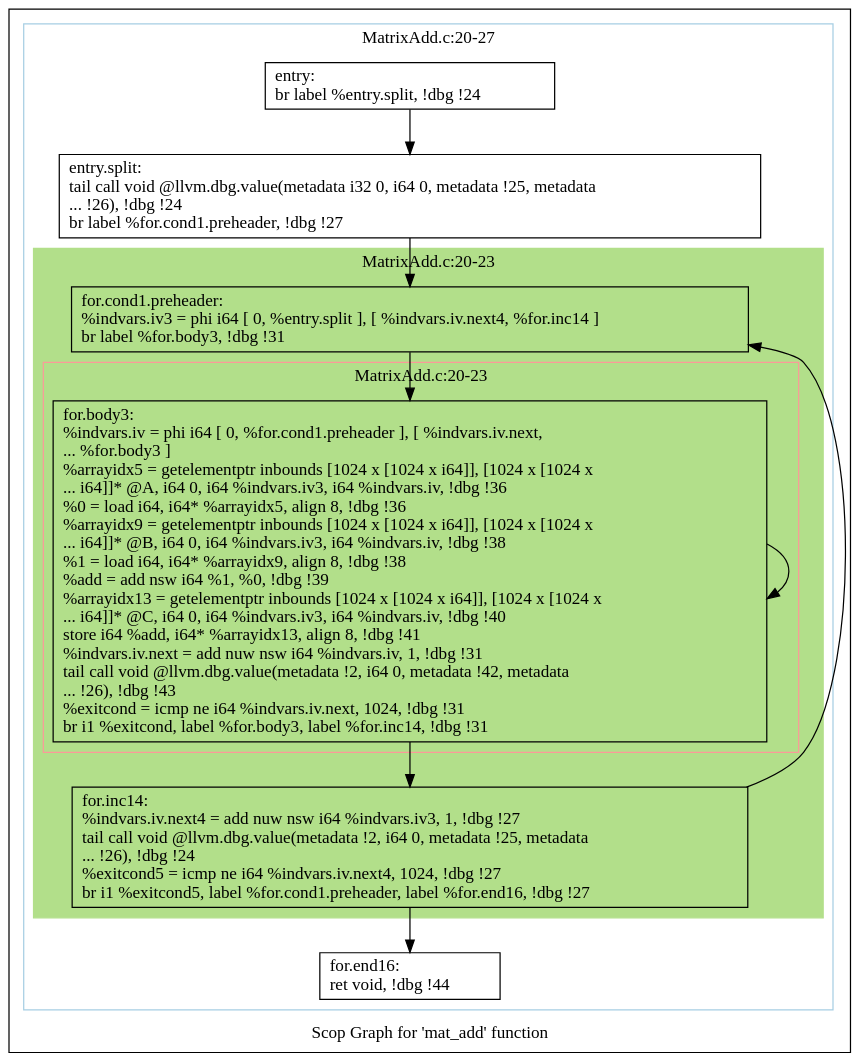
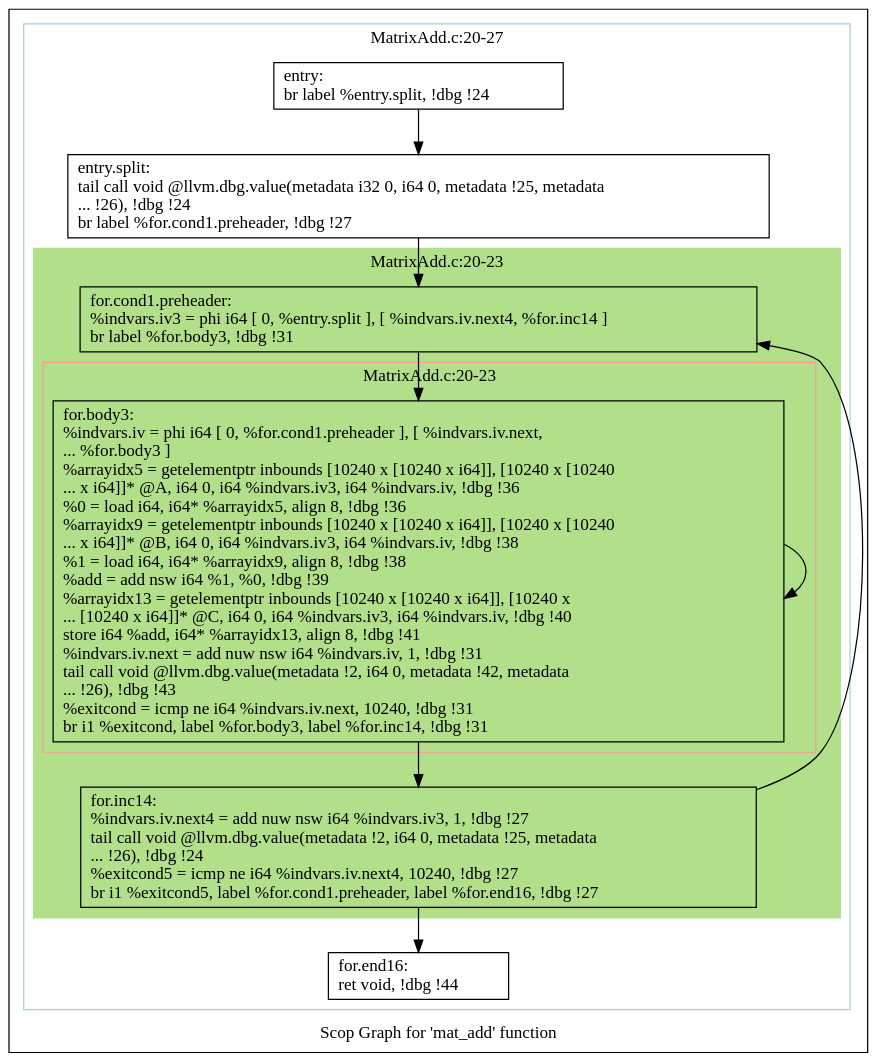
Before and after one commit to samminweng/WhileyOpenCL: the diagram in polly/MatrixAdd/impl/handwritten/dot/scops.mat_add.dot, drawn with Graphviz. The commit also changed 60 other files, not shown here.

```diff
--- a/polly/MatrixAdd/impl/handwritten/dot/scops.mat_add.dot
+++ b/polly/MatrixAdd/impl/handwritten/dot/scops.mat_add.dot
@@ -1,41 +1,41 @@
 digraph "Scop Graph for 'mat_add' function" {
 	label="Scop Graph for 'mat_add' function";
 
-	Node0x69860e0 [shape=record,label="{entry:\l  br label %entry.split, !dbg !24\l}"];
-	Node0x69860e0 -> Node0x6977600;
-	Node0x6977600 [shape=record,label="{entry.split:                                      \l  tail call void @llvm.dbg.value(metadata i32 0, i64 0, metadata !25, metadata\l... !26), !dbg !24\l  br label %for.cond1.preheader, !dbg !27\l}"];
-	Node0x6977600 -> Node0x6977620;
-	Node0x6977620 [shape=record,label="{for.cond1.preheader:                              \l  %indvars.iv3 = phi i64 [ 0, %entry.split ], [ %indvars.iv.next4, %for.inc14 ]\l  br label %for.body3, !dbg !31\l}"];
-	Node0x6977620 -> Node0x6987b80;
-	Node0x6987b80 [shape=record,label="{for.body3:                                        \l  %indvars.iv = phi i64 [ 0, %for.cond1.preheader ], [ %indvars.iv.next,\l... %for.body3 ]\l  %arrayidx5 = getelementptr inbounds [1024 x [1024 x i64]], [1024 x [1024 x\l... i64]]* @A, i64 0, i64 %indvars.iv3, i64 %indvars.iv, !dbg !36\l  %0 = load i64, i64* %arrayidx5, align 8, !dbg !36\l  %arrayidx9 = getelementptr inbounds [1024 x [1024 x i64]], [1024 x [1024 x\l... i64]]* @B, i64 0, i64 %indvars.iv3, i64 %indvars.iv, !dbg !38\l  %1 = load i64, i64* %arrayidx9, align 8, !dbg !38\l  %add = add nsw i64 %1, %0, !dbg !39\l  %arrayidx13 = getelementptr inbounds [1024 x [1024 x i64]], [1024 x [1024 x\l... i64]]* @C, i64 0, i64 %indvars.iv3, i64 %indvars.iv, !dbg !40\l  store i64 %add, i64* %arrayidx13, align 8, !dbg !41\l  %indvars.iv.next = add nuw nsw i64 %indvars.iv, 1, !dbg !31\l  tail call void @llvm.dbg.value(metadata !2, i64 0, metadata !42, metadata\l... !26), !dbg !43\l  %exitcond = icmp ne i64 %indvars.iv.next, 1024, !dbg !31\l  br i1 %exitcond, label %for.body3, label %for.inc14, !dbg !31\l}"];
-	Node0x6987b80 -> Node0x6987b80[constraint=false];
-	Node0x6987b80 -> Node0x69ad4a0;
-	Node0x69ad4a0 [shape=record,label="{for.inc14:                                        \l  %indvars.iv.next4 = add nuw nsw i64 %indvars.iv3, 1, !dbg !27\l  tail call void @llvm.dbg.value(metadata !2, i64 0, metadata !25, metadata\l... !26), !dbg !24\l  %exitcond5 = icmp ne i64 %indvars.iv.next4, 1024, !dbg !27\l  br i1 %exitcond5, label %for.cond1.preheader, label %for.end16, !dbg !27\l}"];
-	Node0x69ad4a0 -> Node0x6977620[constraint=false];
-	Node0x69ad4a0 -> Node0x6989c80;
-	Node0x6989c80 [shape=record,label="{for.end16:                                        \l  ret void, !dbg !44\l}"];
+	Node0x4ec0500 [shape=record,label="{entry:\l  br label %entry.split, !dbg !24\l}"];
+	Node0x4ec0500 -> Node0x4ea35c0;
+	Node0x4ea35c0 [shape=record,label="{entry.split:                                      \l  tail call void @llvm.dbg.value(metadata i32 0, i64 0, metadata !25, metadata\l... !26), !dbg !24\l  br label %for.cond1.preheader, !dbg !27\l}"];
+	Node0x4ea35c0 -> Node0x4e9ff90;
+	Node0x4e9ff90 [shape=record,label="{for.cond1.preheader:                              \l  %indvars.iv3 = phi i64 [ 0, %entry.split ], [ %indvars.iv.next4, %for.inc14 ]\l  br label %for.body3, !dbg !31\l}"];
+	Node0x4e9ff90 -> Node0x4ea3540;
+	Node0x4ea3540 [shape=record,label="{for.body3:                                        \l  %indvars.iv = phi i64 [ 0, %for.cond1.preheader ], [ %indvars.iv.next,\l... %for.body3 ]\l  %arrayidx5 = getelementptr inbounds [10240 x [10240 x i64]], [10240 x [10240\l... x i64]]* @A, i64 0, i64 %indvars.iv3, i64 %indvars.iv, !dbg !36\l  %0 = load i64, i64* %arrayidx5, align 8, !dbg !36\l  %arrayidx9 = getelementptr inbounds [10240 x [10240 x i64]], [10240 x [10240\l... x i64]]* @B, i64 0, i64 %indvars.iv3, i64 %indvars.iv, !dbg !38\l  %1 = load i64, i64* %arrayidx9, align 8, !dbg !38\l  %add = add nsw i64 %1, %0, !dbg !39\l  %arrayidx13 = getelementptr inbounds [10240 x [10240 x i64]], [10240 x\l... [10240 x i64]]* @C, i64 0, i64 %indvars.iv3, i64 %indvars.iv, !dbg !40\l  store i64 %add, i64* %arrayidx13, align 8, !dbg !41\l  %indvars.iv.next = add nuw nsw i64 %indvars.iv, 1, !dbg !31\l  tail call void @llvm.dbg.value(metadata !2, i64 0, metadata !42, metadata\l... !26), !dbg !43\l  %exitcond = icmp ne i64 %indvars.iv.next, 10240, !dbg !31\l  br i1 %exitcond, label %for.body3, label %for.inc14, !dbg !31\l}"];
+	Node0x4ea3540 -> Node0x4ea3540[constraint=false];
+	Node0x4ea3540 -> Node0x4ea35a0;
+	Node0x4ea35a0 [shape=record,label="{for.inc14:                                        \l  %indvars.iv.next4 = add nuw nsw i64 %indvars.iv3, 1, !dbg !27\l  tail call void @llvm.dbg.value(metadata !2, i64 0, metadata !25, metadata\l... !26), !dbg !24\l  %exitcond5 = icmp ne i64 %indvars.iv.next4, 10240, !dbg !27\l  br i1 %exitcond5, label %for.cond1.preheader, label %for.end16, !dbg !27\l}"];
+	Node0x4ea35a0 -> Node0x4e9ff90[constraint=false];
+	Node0x4ea35a0 -> Node0x4ea6030;
+	Node0x4ea6030 [shape=record,label="{for.end16:                                        \l  ret void, !dbg !44\l}"];
 	colorscheme = "paired12"
-        subgraph cluster_0x6988290 {
+        subgraph cluster_0x4e9b480 {
           label = "MatrixAdd.c:20-27
 ";
           style = solid;
           color = 1
-          subgraph cluster_0x697c9d0 {
+          subgraph cluster_0x4e9f150 {
             label = "MatrixAdd.c:20-23
 ";
             style = filled;
-            color = 3            subgraph cluster_0x6980460 {
+            color = 3            subgraph cluster_0x4e9f0d0 {
               label = "MatrixAdd.c:20-23
 ";
               style = solid;
               color = 5
-              Node0x6987b80;
+              Node0x4ea3540;
             }
-            Node0x6977620;
-            Node0x69ad4a0;
+            Node0x4e9ff90;
+            Node0x4ea35a0;
           }
-          Node0x69860e0;
-          Node0x6977600;
-          Node0x6989c80;
+          Node0x4ec0500;
+          Node0x4ea35c0;
+          Node0x4ea6030;
         }
 }
```
